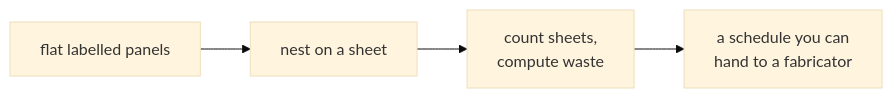
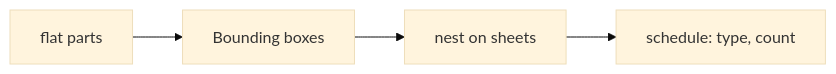
The fourth of 4 diagrams in Lecture/Week_14/goals.md (rccn-teaching/cdf), drawn with Mermaid (base theme) before and after one commit. The commit also changed other lines of this file and 23 other files, not shown here.

Commit message:
Refactor lecture materials for Weeks 13-15: update README and goals to enhance clarity and structure; adjust session objectives and commands; improve flowcharts and voting processes for better engagement and understanding.

````diff
--- a/Lecture/Week_14/goals.md
+++ b/Lecture/Week_14/goals.md
@@ -46,6 +80,8 @@
 ```mermaid
 flowchart LR
-    F["flat labelled panels"] --> N["nest on a sheet"]
-    N --> S["count sheets,<br/>compute waste"]
-    S --> Q["a schedule you can<br/>hand to a fabricator"]
+    F0["flat parts"]
+    B1["Bounding boxes"]
+    N2["nest on sheets"]
+    S3["schedule: type, count"]
+    F0 --> B1 --> N2 --> S3
 ```
````
